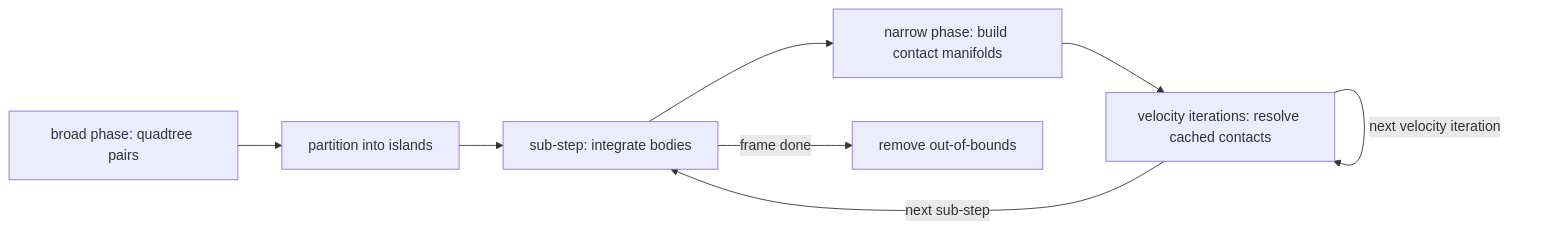
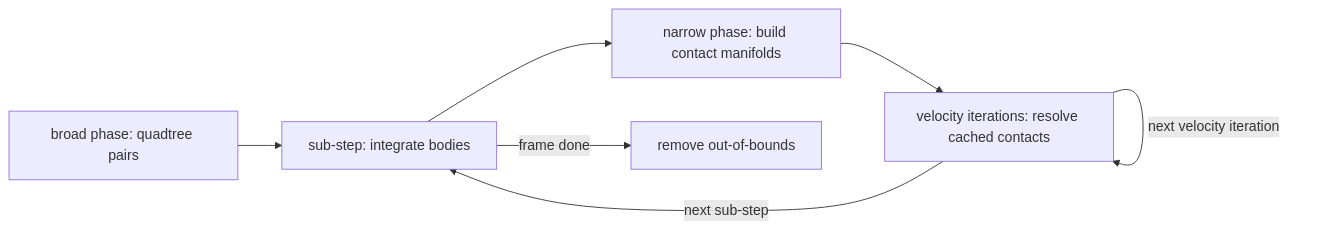
Before and after one commit to matajoh/boc-physics: the diagram in README.md, drawn with Mermaid. The commit also changed other lines of this file and 89 other files, not shown here.

````diff
--- a/README.md
+++ b/README.md
@@ -57,10 +108,9 @@
 ```mermaid
 flowchart LR
-    A[broad phase: quadtree pairs] --> B[partition into islands]
-    B --> C[sub-step: integrate bodies]
+    A[broad phase: quadtree pairs] --> C[sub-step: integrate bodies]
     C --> D[narrow phase: build contact manifolds]
     D --> E[velocity iterations: resolve cached contacts]
     E -->|next velocity iteration| E
     E -->|next sub-step| C
     C -->|frame done| F[remove out-of-bounds]
 ```
````
